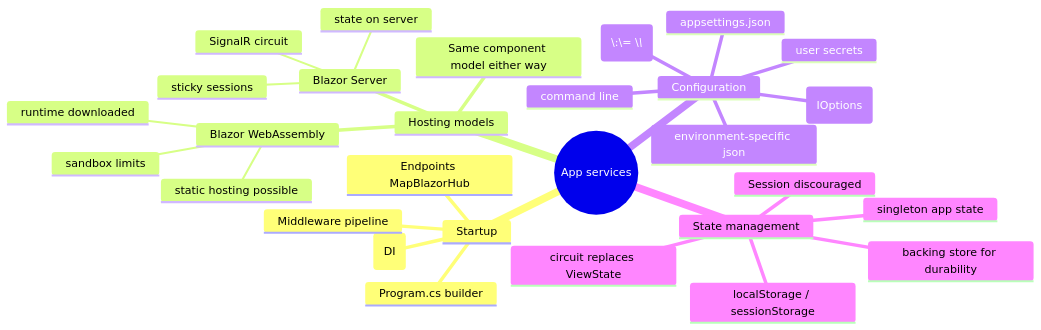
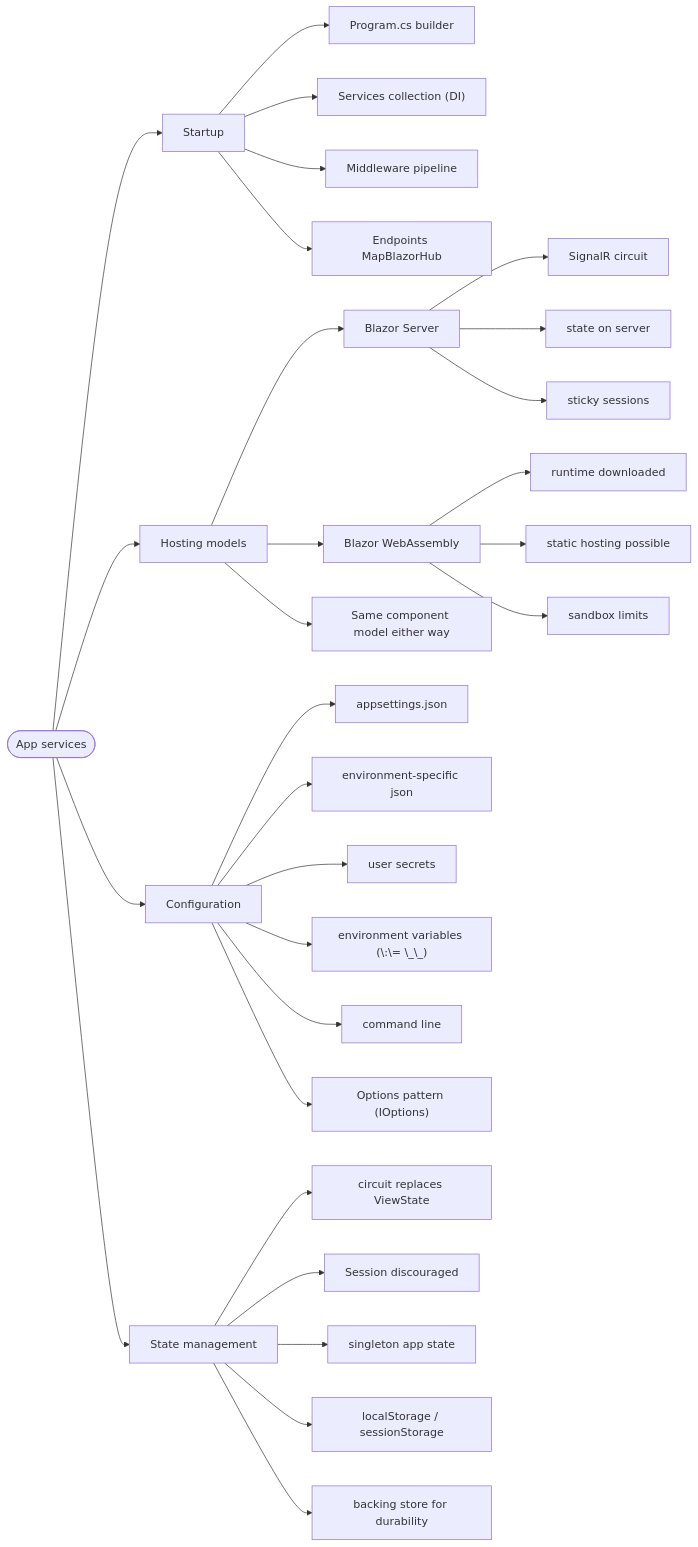
Before and after one commit to 42WASD/42wasd-community-web: the diagram in docs/knowledge/blazor-app-services/index.md, drawn with Mermaid. The commit also changed 13 other files, not shown here.

First line of the commit message:
Convert knowledge mindmaps to flowchart LR diagrams

````diff
--- a/docs/knowledge/blazor-app-services/index.md
+++ b/docs/knowledge/blazor-app-services/index.md
@@ -9,32 +9,60 @@
 ```mermaid
-mindmap
-  root((App services))
-    Startup
-      Program.cs builder
-      Services collection (DI)
-      Middleware pipeline
-      Endpoints MapBlazorHub
-    Hosting models
-      Blazor Server
-        SignalR circuit
-        state on server
-        sticky sessions
-      Blazor WebAssembly
-        runtime downloaded
-        static hosting possible
-        sandbox limits
-      Same component model either way
-    Configuration
-      appsettings.json
-      environment-specific json
-      user secrets
-      environment variables (\\:\\= \\_\\_)
-      command line
-      Options pattern (IOptions)
-    State management
-      circuit replaces ViewState
-      Session discouraged
-      singleton app state
-      localStorage / sessionStorage
-      backing store for durability
+flowchart LR
+    n1(["App services"])
+    n2["Startup"]
+    n3["Program.cs builder"]
+    n4["Services collection (DI)"]
+    n5["Middleware pipeline"]
+    n6["Endpoints MapBlazorHub"]
+    n7["Hosting models"]
+    n8["Blazor Server"]
+    n9["SignalR circuit"]
+    n10["state on server"]
+    n11["sticky sessions"]
+    n12["Blazor WebAssembly"]
+    n13["runtime downloaded"]
+    n14["static hosting possible"]
+    n15["sandbox limits"]
+    n16["Same component model either way"]
+    n17["Configuration"]
+    n18["appsettings.json"]
+    n19["environment-specific json"]
+    n20["user secrets"]
+    n21["environment variables (\:\= \_\_)"]
+    n22["command line"]
+    n23["Options pattern (IOptions)"]
+    n24["State management"]
+    n25["circuit replaces ViewState"]
+    n26["Session discouraged"]
+    n27["singleton app state"]
+    n28["localStorage / sessionStorage"]
+    n29["backing store for durability"]
+    n1 --> n2
+    n2 --> n3
+    n2 --> n4
+    n2 --> n5
+    n2 --> n6
+    n1 --> n7
+    n7 --> n8
+    n8 --> n9
+    n8 --> n10
+    n8 --> n11
+    n7 --> n12
+    n12 --> n13
+    n12 --> n14
+    n12 --> n15
+    n7 --> n16
+    n1 --> n17
+    n17 --> n18
+    n17 --> n19
+    n17 --> n20
+    n17 --> n21
+    n17 --> n22
+    n17 --> n23
+    n1 --> n24
+    n24 --> n25
+    n24 --> n26
+    n24 --> n27
+    n24 --> n28
+    n24 --> n29
 ```
````
